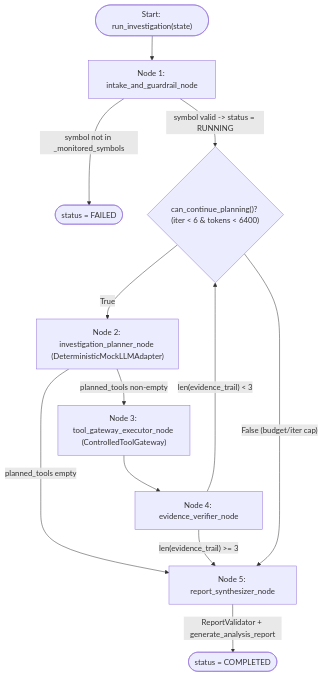
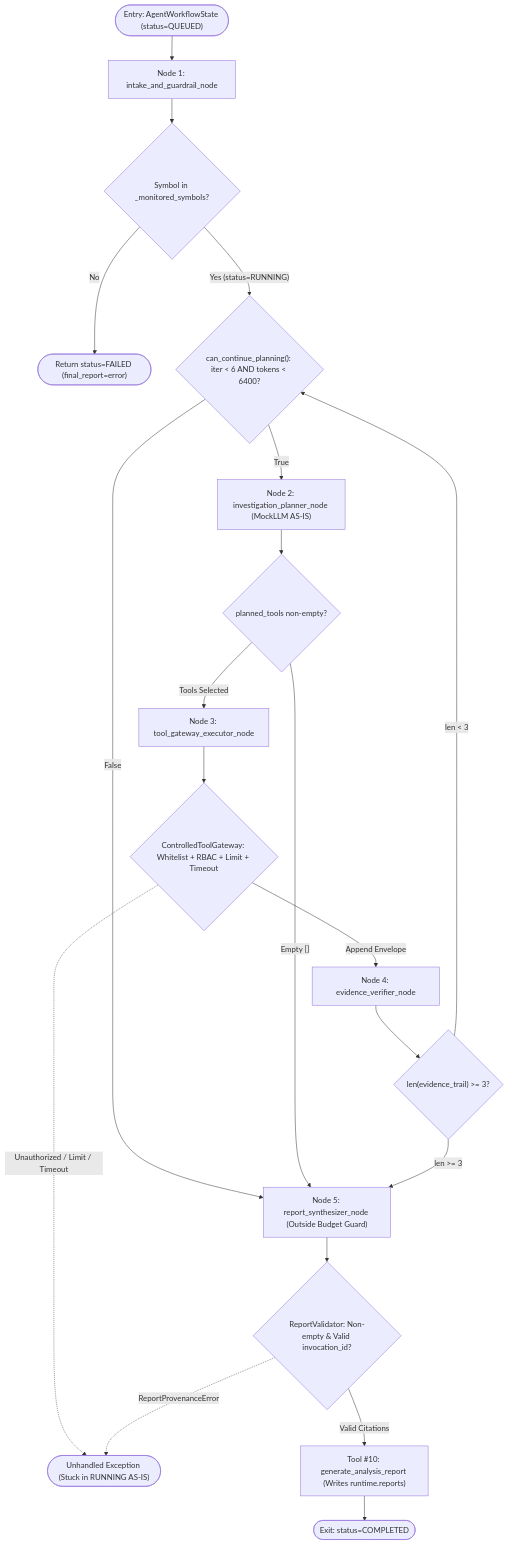
The diagram in docs/intelligence-plane/domains/agent-orchestration-and-tools/capabilities/market-intelligence-workflow-and-tool-gateway/workflows/agent-workflow-diagram.md (DungTran1201/FinancialMarketDataPlatform), drawn with Mermaid before and after one commit. The commit also changed other lines of this file and 55 other files, not shown here.

Commit message:
docs: add comprehensive architecture, workflows, and specifications for intelligence plane

````diff
--- a/docs/intelligence-plane/domains/agent-orchestration-and-tools/capabilities/market-intelligence-workflow-and-tool-gateway/workflows/agent-workflow-diagram.md
+++ b/docs/intelligence-plane/domains/agent-orchestration-and-tools/capabilities/market-intelligence-workflow-and-tool-gateway/workflows/agent-workflow-diagram.md
@@ -42,14 +47,34 @@
 ```mermaid
 flowchart TD
-    START(["Start: run_investigation(state)"]) --> N1["Node 1: intake_and_guardrail_node"]
-    N1 -->|"symbol not in _monitored_symbols"| FAIL(["status = FAILED"])
-    N1 -->|"symbol valid -> status = RUNNING"| GUARD{"can_continue_planning()? (iter < 6 & tokens < 6400)"}
-    GUARD -->|"True"| N2["Node 2: investigation_planner_node (DeterministicMockLLMAdapter)"]
-    N2 -->|"planned_tools empty"| N5["Node 5: report_synthesizer_node"]
-    N2 -->|"planned_tools non-empty"| N3["Node 3: tool_gateway_executor_node (ControlledToolGateway)"]
-    N3 --> N4["Node 4: evidence_verifier_node"]
-    N4 -->|"len(evidence_trail) >= 3"| N5
-    N4 -->|"len(evidence_trail) < 3"| GUARD
-    GUARD -->|"False (budget/iter cap)"| N5
-    N5 -->|"ReportValidator + generate_analysis_report"| DONE(["status = COMPLETED"])
+    start(["Entry: AgentWorkflowState (status=QUEUED)"])
+    n1["Node 1: intake_and_guardrail_node"]
+    g_sym{"Symbol in _monitored_symbols?"}
+    fail_sym(["Return status=FAILED (final_report=error)"])
+    g_budget{"can_continue_planning(): iter < 6 AND tokens < 6400?"}
+    n2["Node 2: investigation_planner_node (MockLLM AS-IS)"]
+    g_plan{"planned_tools non-empty?"}
+    n3["Node 3: tool_gateway_executor_node"]
+    gw_chk{"ControlledToolGateway: Whitelist + RBAC + Limit + Timeout"}
+    err_unhandled(["Unhandled Exception (Stuck in RUNNING AS-IS)"])
+    n4["Node 4: evidence_verifier_node"]
+    g_ev{"len(evidence_trail) >= 3?"}
+    n5["Node 5: report_synthesizer_node (Outside Budget Guard)"]
+    val_chk{"ReportValidator: Non-empty & Valid invocation_id?"}
+    persist["Tool #10: generate_analysis_report (Writes runtime.reports)"]
+    done(["Exit: status=COMPLETED"])
+
+    start --> n1 --> g_sym
+    g_sym -->|"No"| fail_sym
+    g_sym -->|"Yes (status=RUNNING)"| g_budget
+    g_budget -->|"True"| n2 --> g_plan
+    g_budget -->|"False"| n5
+    g_plan -->|"Empty []"| n5
+    g_plan -->|"Tools Selected"| n3 --> gw_chk
+    gw_chk -.->|"Unauthorized / Limit / Timeout"| err_unhandled
+    gw_chk -->|"Append Envelope"| n4 --> g_ev
+    g_ev -->|"len < 3"| g_budget
+    g_ev -->|"len >= 3"| n5
+    n5 --> val_chk
+    val_chk -.->|"ReportProvenanceError"| err_unhandled
+    val_chk -->|"Valid Citations"| persist --> done
 ```
````
